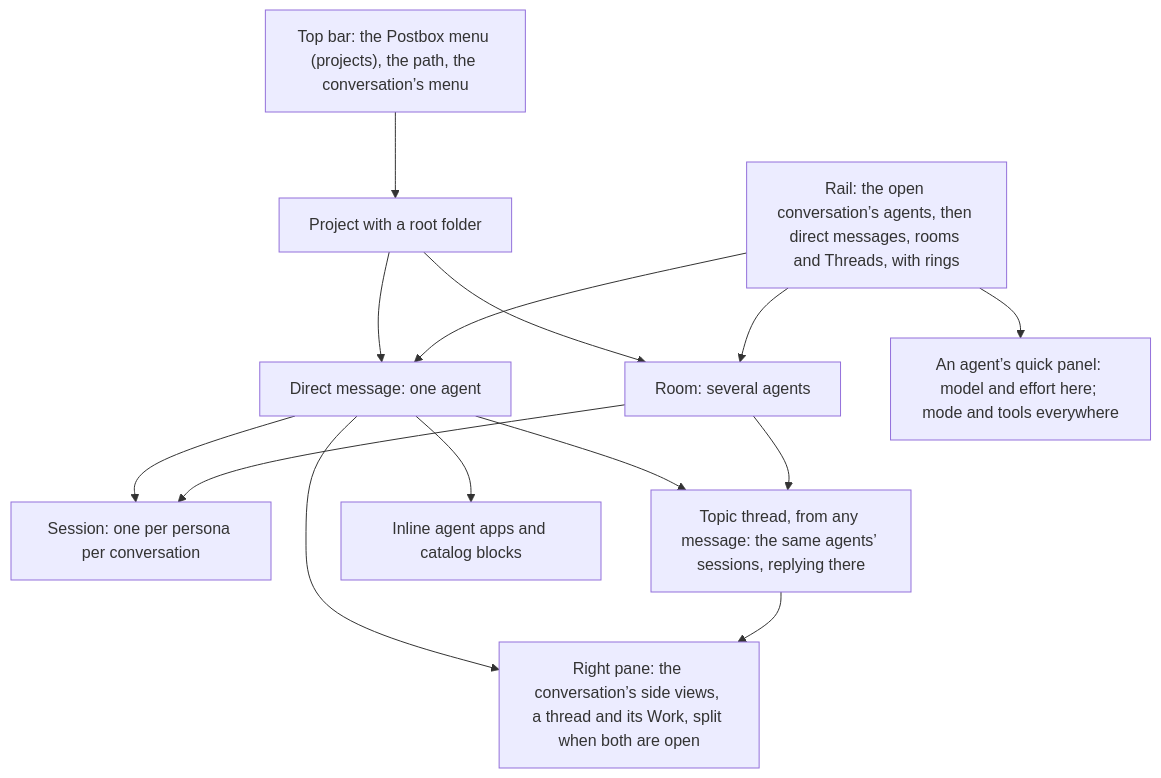
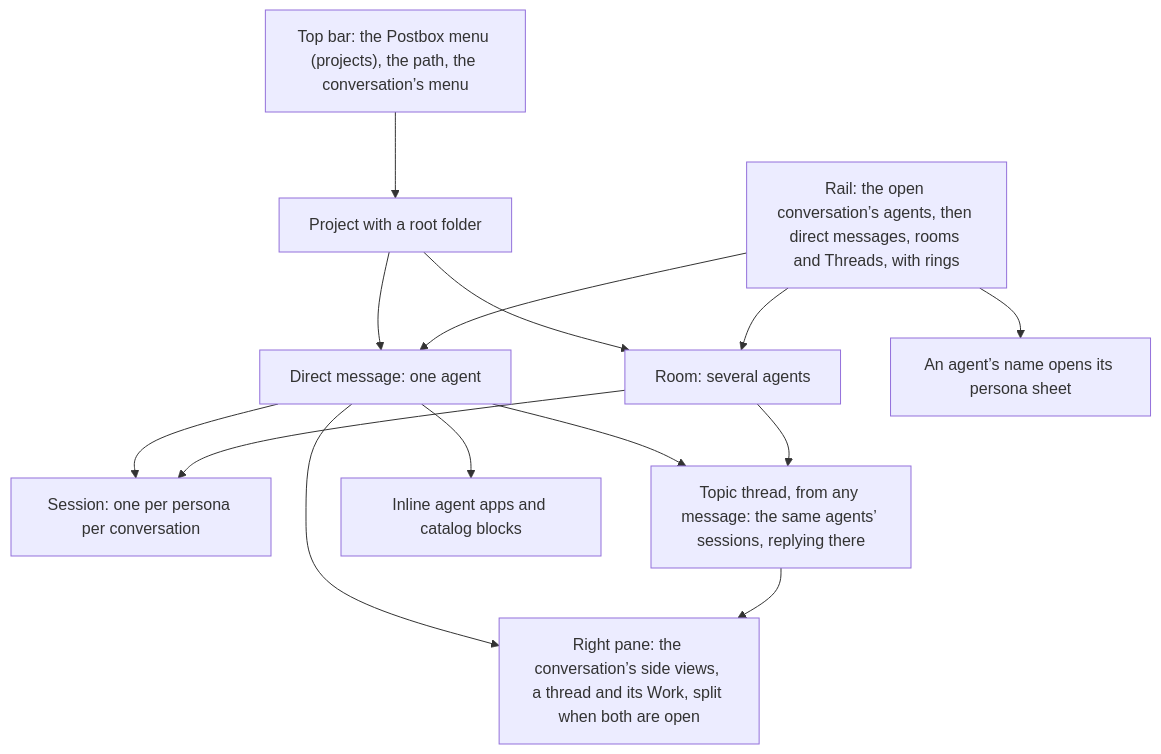
Before and after one commit to HJeon139/postbox: the first of 2 diagrams in designs/intent.md, drawn with Mermaid. The commit also changed other lines of this file and 6 other files, not shown here.

First line of the commit message:
docs(intent): the persona sheet, delete and agent commands

````diff
--- a/designs/intent.md
+++ b/designs/intent.md
@@ -43,16 +47,16 @@
 ```mermaid
 flowchart TD
   TB["Top bar: the Postbox menu (projects), the path, the conversation’s menu"] --> P
   P[Project with a root folder] --> T[Direct message: one agent]
   P --> R[Room: several agents]
   T --> S[Session: one per persona per conversation]
   R --> S
   RL["Rail: the open conversation’s agents, then direct messages, rooms and Threads, with rings"] --> T
-  RL --> QP["An agent’s quick panel: model and effort here; mode and tools everywhere"]
+  RL --> QP["An agent’s name opens its persona sheet"]
   RL --> R
   T --> TT["Topic thread, from any message: the same agents’ sessions, replying there"]
   R --> TT
   T --> SP["Right pane: the conversation’s side views, a thread and its Work, split when both are open"]
   TT --> SP
   T --> A["Inline agent apps and catalog blocks"]
 ```
````
